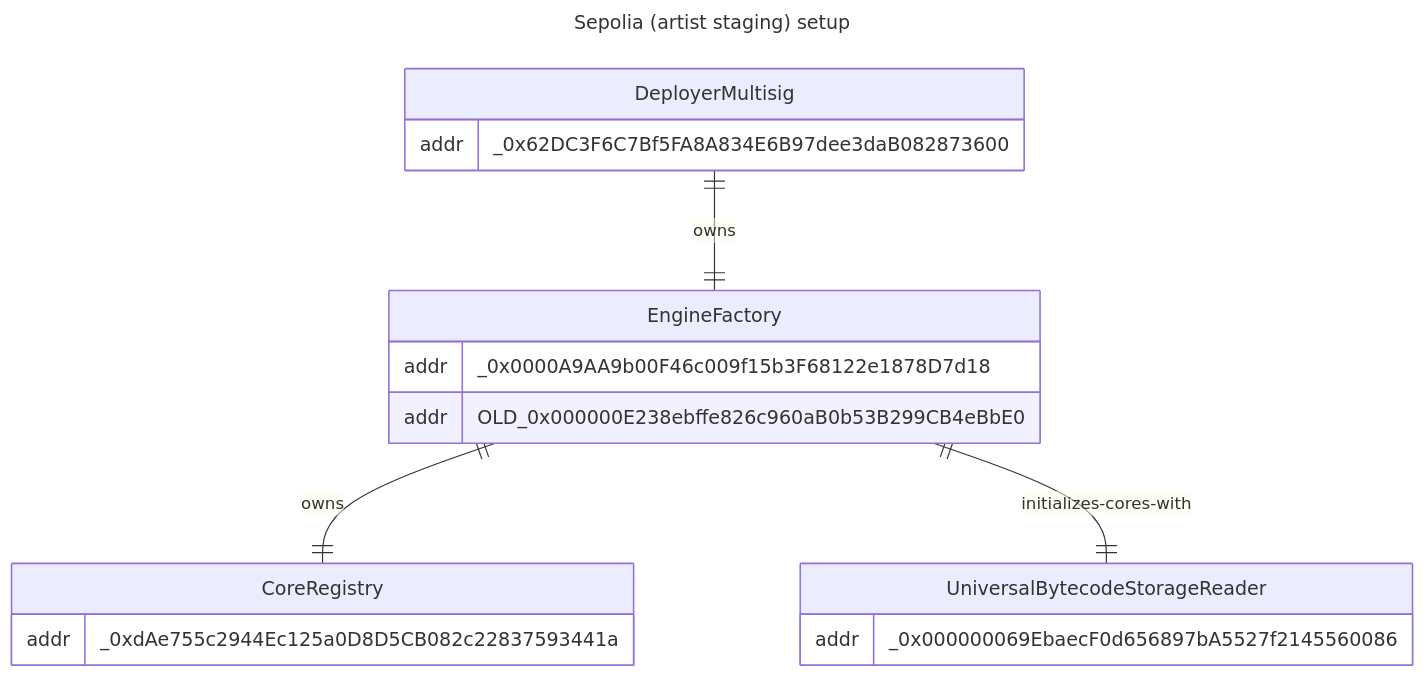
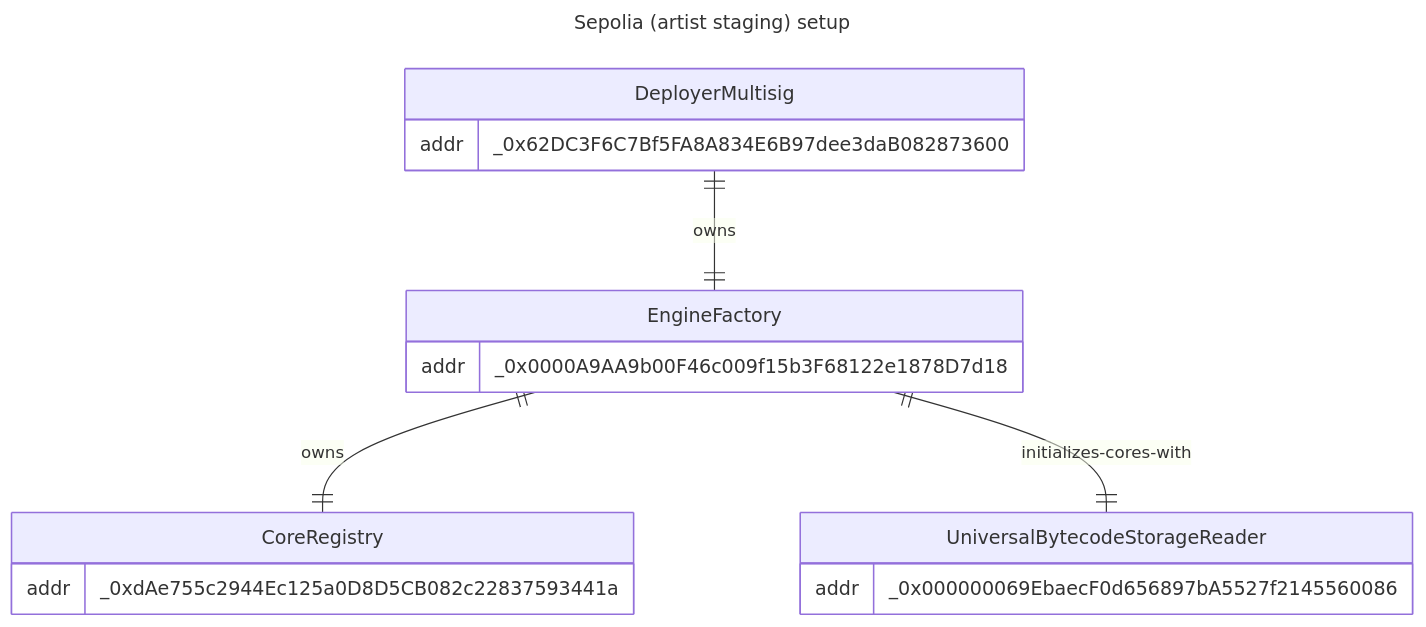
Before and after one commit to void-smith660/artblocks-contracts: the third of 4 diagrams in packages/contracts/INFRASTRUCTURE.md, drawn with Mermaid. The commit also changed other lines of this file, not shown here.

````diff
--- a/packages/contracts/INFRASTRUCTURE.md
+++ b/packages/contracts/INFRASTRUCTURE.md
@@ -78,22 +76,21 @@
 ```mermaid
 ---
 title: Sepolia (artist staging) setup
 ---
 erDiagram
     DeployerMultisig ||--|| EngineFactory : owns
     EngineFactory ||--|| CoreRegistry : owns
     EngineFactory ||--|| UniversalBytecodeStorageReader : initializes-cores-with
     DeployerMultisig {
         addr _0x62DC3F6C7Bf5FA8A834E6B97dee3daB082873600
     }
     EngineFactory {
         addr _0x0000A9AA9b00F46c009f15b3F68122e1878D7d18
-        addr OLD_0x000000E238ebffe826c960aB0b53B299CB4eBbE0
     }
     CoreRegistry {
         addr _0xdAe755c2944Ec125a0D8D5CB082c22837593441a
     }
     UniversalBytecodeStorageReader {
         addr _0x000000069EbaecF0d656897bA5527f2145560086
     }
 ```
````
